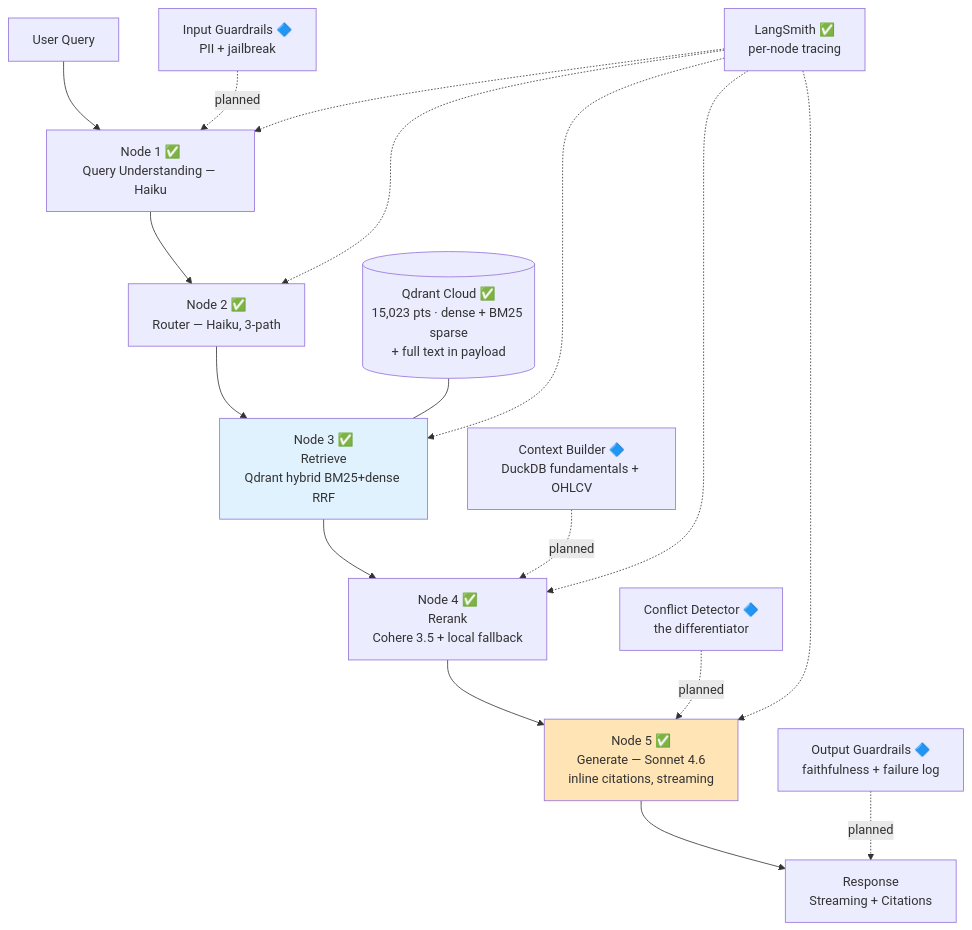
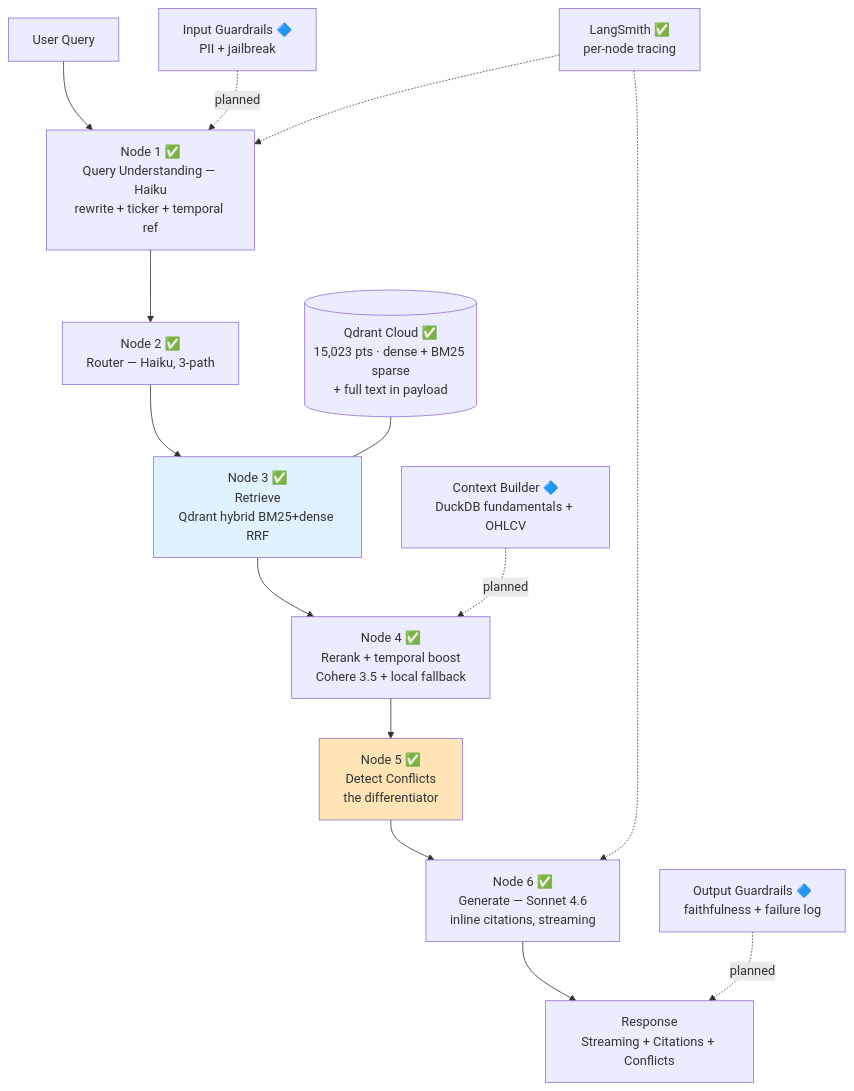
One commit to aparmarthi/rag-hybrid-search-reranking-system changed the diagram in docs/architecture.md. Above: the diagram before and after it, drawn with Mermaid. The commit also changed other lines of this file and 2 other files, not shown here.

First line of the commit message:
Final audit: sync architecture.md to the live 6-node pipeline + doc consistency

````diff
--- a/docs/architecture.md
+++ b/docs/architecture.md
@@ -14,24 +13,21 @@
 ```mermaid
 flowchart TB
-    U[User Query] --> N1[Node 1 ✅<br/>Query Understanding — Haiku]
+    U[User Query] --> N1[Node 1 ✅<br/>Query Understanding — Haiku<br/>rewrite + ticker + temporal ref]
     N1 --> N2[Node 2 ✅<br/>Router — Haiku, 3-path]
     N2 --> N3[Node 3 ✅<br/>Retrieve<br/>Qdrant hybrid BM25+dense RRF]
-    N3 --> N4[Node 4 ✅<br/>Rerank<br/>Cohere 3.5 + local fallback]
-    N4 --> N5[Node 5 ✅<br/>Generate — Sonnet 4.6<br/>inline citations, streaming]
-    N5 --> R[Response<br/>Streaming + Citations]
+    N3 --> N4[Node 4 ✅<br/>Rerank + temporal boost<br/>Cohere 3.5 + local fallback]
+    N4 --> N5[Node 5 ✅<br/>Detect Conflicts<br/>the differentiator]
+    N5 --> N6[Node 6 ✅<br/>Generate — Sonnet 4.6<br/>inline citations, streaming]
+    N6 --> R[Response<br/>Streaming + Citations + Conflicts]
 
     IG[Input Guardrails 🔷<br/>PII + jailbreak] -.planned.-> N1
     CB[Context Builder 🔷<br/>DuckDB fundamentals + OHLCV] -.planned.-> N4
-    CD[Conflict Detector 🔷<br/>the differentiator] -.planned.-> N5
     OG[Output Guardrails 🔷<br/>faithfulness + failure log] -.planned.-> R
 
     QD[(Qdrant Cloud ✅<br/>15,023 pts · dense + BM25 sparse<br/>+ full text in payload)] --- N3
     LS[LangSmith ✅<br/>per-node tracing] -.->  N1
-    LS -.-> N2
-    LS -.-> N3
-    LS -.-> N4
-    LS -.-> N5
+    LS -.-> N6
 
     style N5 fill:#ffe4b5
     style N3 fill:#e0f2fe
 ```
````
